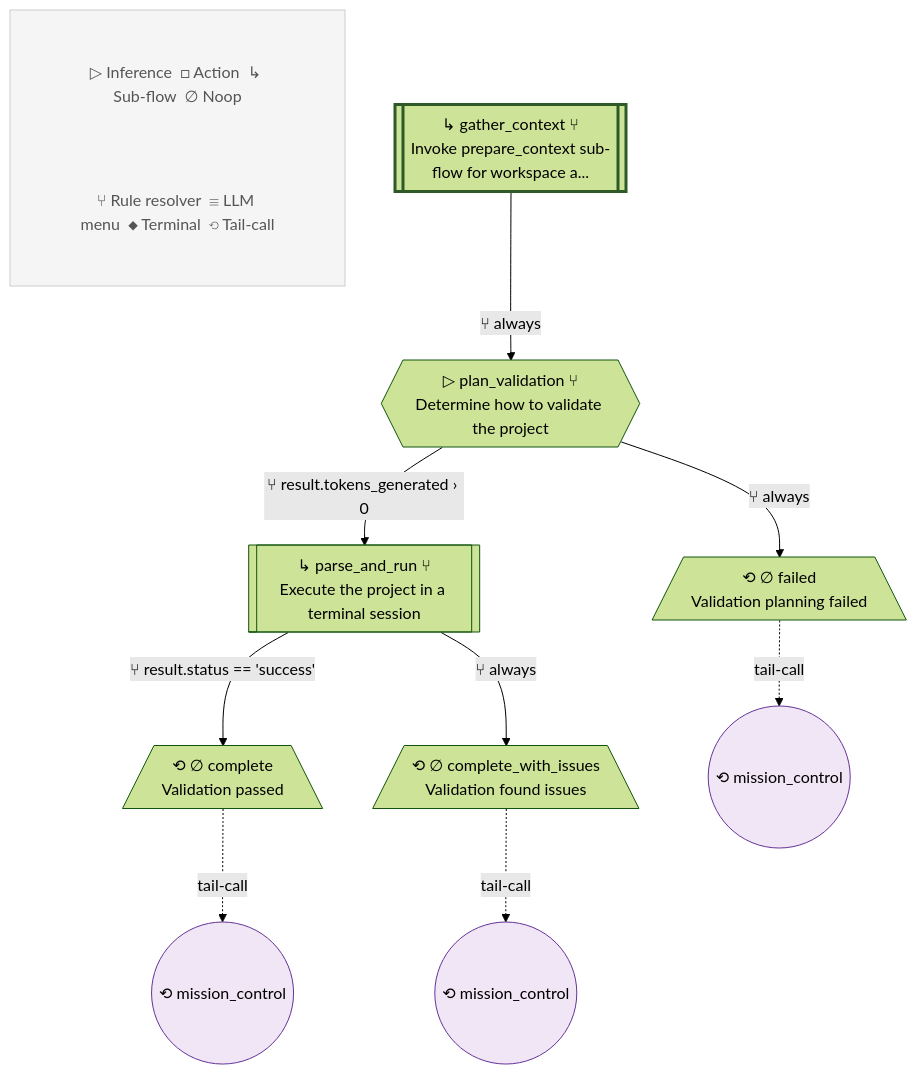
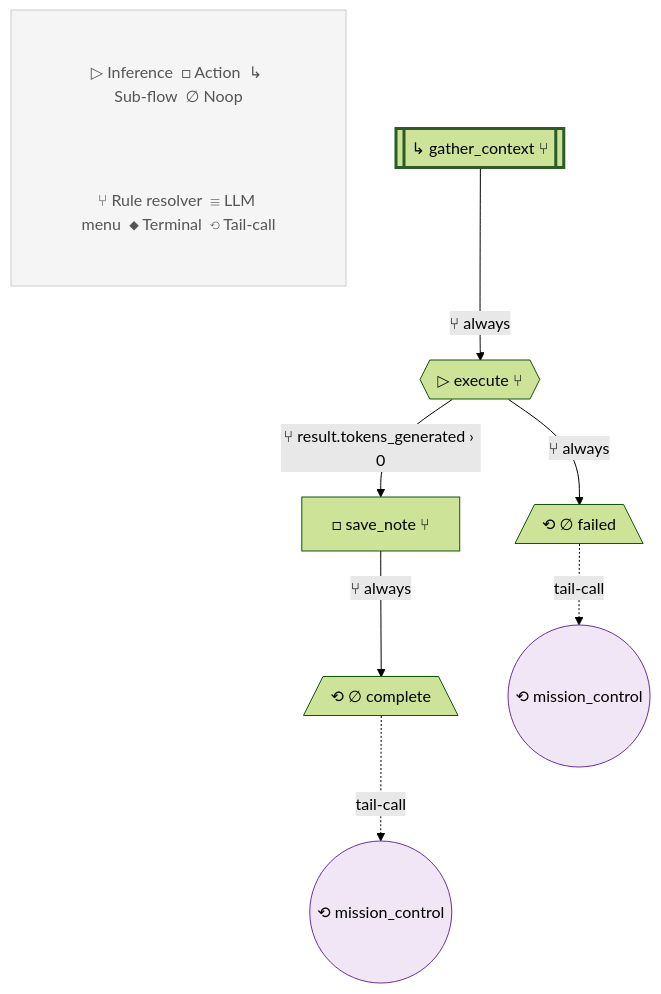
Before and after one commit to lah-rb/ouroboros: diagram 16 of 20 in blueprint.md, drawn with Mermaid (forest theme). The commit also changed other lines of this file and 207 other files, not shown here.

````diff
--- a/blueprint.md
+++ b/blueprint.md
@@ -1123,37 +1245,32 @@
 ```mermaid
 flowchart TD
-    %% validate_behavior v2
+    %% retrospective v5
 
     subgraph Legend[" "]
         L1["▷ Inference  □ Action  ↳ Sub-flow  ∅ Noop"]
         L2["⑂ Rule resolver  ☰ LLM menu  ◆ Terminal  ⟲ Tail-call"]
     end
     style Legend fill:#f5f5f5,stroke:#ccc,stroke-width:1px
     style L1 fill:#f5f5f5,stroke:none,color:#555
     style L2 fill:#f5f5f5,stroke:none,color:#555
 
-    gather_context[["↳ gather_context ⑂\nInvoke prepare_context sub-flow for workspace a..."]]
-    plan_validation{{"▷ plan_validation ⑂\nDetermine how to validate the project"}}
-    parse_and_run[["↳ parse_and_run ⑂\nExecute the project in a terminal session"]]
-    complete[/"⟲ ∅ complete\nValidation passed"\]
-    complete_with_issues[/"⟲ ∅ complete_with_issues\nValidation found issues"\]
-    failed[/"⟲ ∅ failed\nValidation planning failed"\]
+    gather_context[["↳ gather_context ⑂"]]
+    execute{{"▷ execute ⑂"}}
+    save_note["□ save_note ⑂"]
+    complete[/"⟲ ∅ complete"\]
+    failed[/"⟲ ∅ failed"\]
 
     style gather_context stroke-width:3px,stroke:#2d5a27
 
-    gather_context -->|⑂ always| plan_validation
-    plan_validation -->|⑂ result.tokens_generated › 0| parse_and_run
-    plan_validation -->|⑂ always| failed
-    parse_and_run -->|⑂ result.status == 'success'| complete
-    parse_and_run -->|⑂ always| complete_with_issues
+    gather_context -->|⑂ always| execute
+    execute -->|⑂ result.tokens_generated › 0| save_note
+    execute -->|⑂ always| failed
+    save_note -->|⑂ always| complete
     tc_complete(("⟲ mission_control"))
     style tc_complete fill:#f0e6f6,stroke:#663399
     complete -.->|tail-call| tc_complete
-    tc_complete_with_issues(("⟲ mission_control"))
-    style tc_complete_with_issues fill:#f0e6f6,stroke:#663399
-    complete_with_issues -.->|tail-call| tc_complete_with_issues
     tc_failed(("⟲ mission_control"))
     style tc_failed fill:#f0e6f6,stroke:#663399
     failed -.->|tail-call| tc_failed
 
 ```
````
